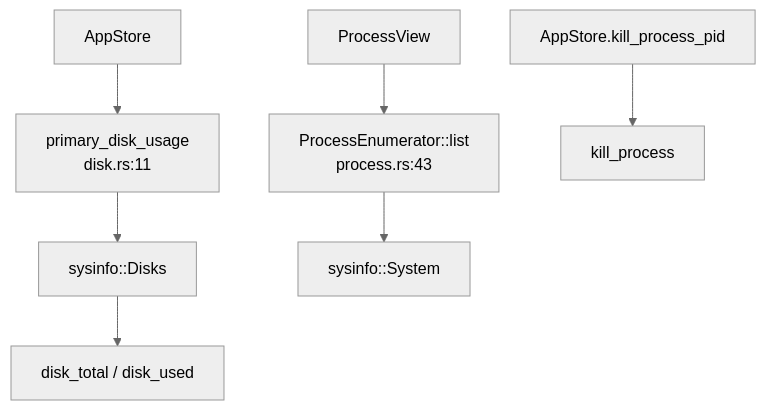
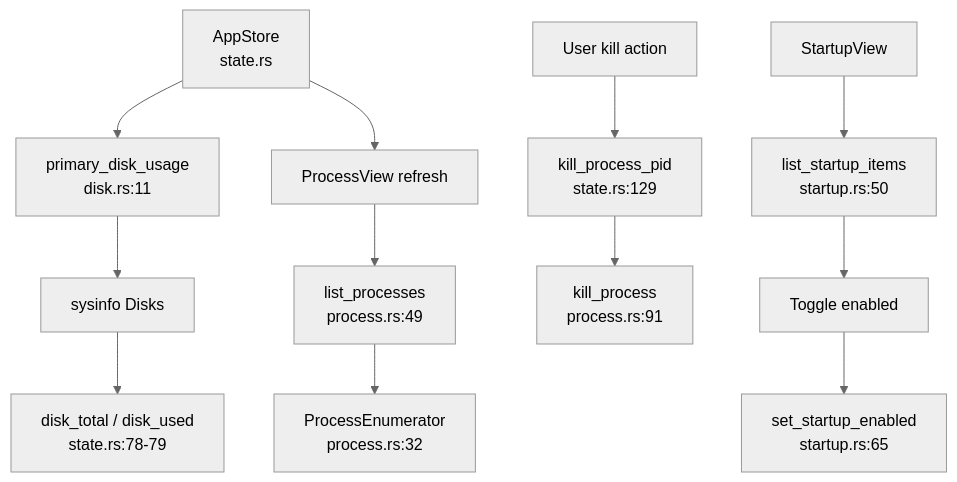
One commit to sopaco/CLV3000-Plus changed the diagram in .terrain/human/4.Deep-Exploration/platform.md. Above: the diagram before and after it, drawn with Mermaid (neutral theme). The commit also changed other lines of this file and 14 other files, not shown here.

````diff
--- a/.terrain/human/4.Deep-Exploration/platform.md
+++ b/.terrain/human/4.Deep-Exploration/platform.md
@@ -44,9 +54,14 @@
 ```mermaid
 flowchart TD
-    A["AppStore"] --> B["primary_disk_usage<br/>disk.rs:11"]
-    B --> C["sysinfo::Disks"]
-    C --> D["disk_total / disk_used"]
-    E["ProcessView"] --> F["ProcessEnumerator::list<br/>process.rs:43"]
-    F --> G["sysinfo::System"]
-    H["AppStore.kill_process_pid"] --> I["kill_process"]
+    A["AppStore<br/>state.rs"] --> B["primary_disk_usage<br/>disk.rs:11"]
+    B --> C["sysinfo Disks"]
+    C --> D["disk_total / disk_used<br/>state.rs:78-79"]
+    A --> E["ProcessView refresh"]
+    E --> F["list_processes<br/>process.rs:49"]
+    F --> G["ProcessEnumerator<br/>process.rs:32"]
+    H["User kill action"] --> I["kill_process_pid<br/>state.rs:129"]
+    I --> J["kill_process<br/>process.rs:91"]
+    K["StartupView"] --> L["list_startup_items<br/>startup.rs:50"]
+    L --> M["Toggle enabled"]
+    M --> N["set_startup_enabled<br/>startup.rs:65"]
 ```
````
